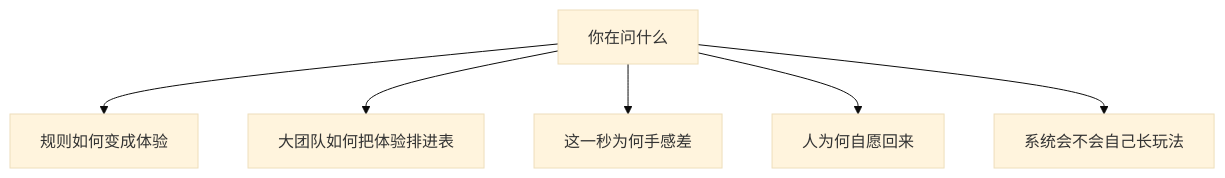
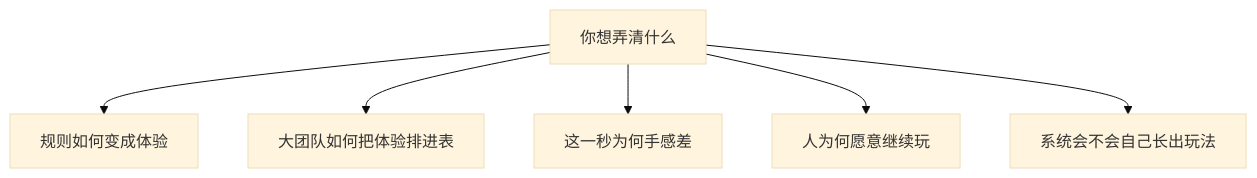
Before and after one commit to Dreamtowards/Thinking-In-Minecraft: the first of 2 diagrams in docs/extras/design-theories.mdx, drawn with Mermaid (base theme). The commit also changed other lines of this file and 3 other files, not shown here.

````diff
--- a/docs/extras/design-theories.mdx
+++ b/docs/extras/design-theories.mdx
@@ -50,8 +10,8 @@
 ```mermaid
 flowchart TB
-  Q[你在问什么] --> A[规则如何变成体验]
+  Q[你想弄清什么] --> A[规则如何变成体验]
   Q --> B[大团队如何把体验排进表]
   Q --> C[这一秒为何手感差]
-  Q --> D[人为何自愿回来]
-  Q --> E[系统会不会自己长玩法]
+  Q --> D[人为何愿意继续玩]
+  Q --> E[系统会不会自己长出玩法]
 ```
````
